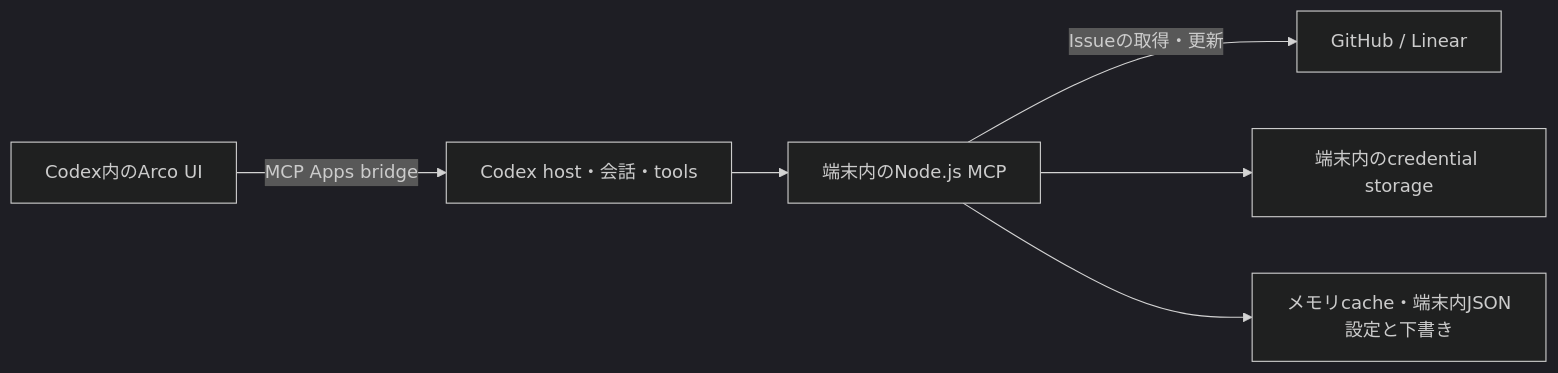
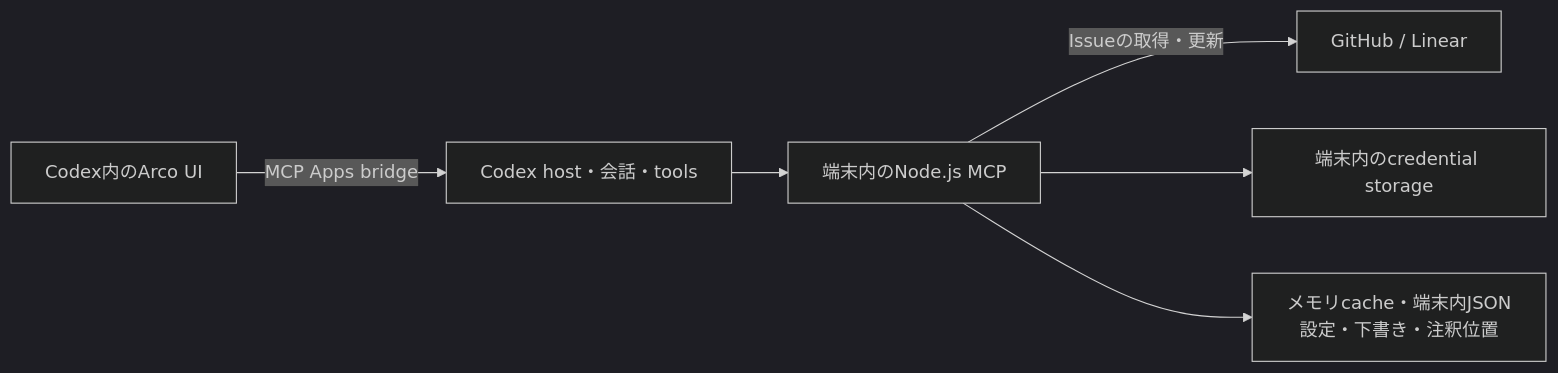
One commit to my-name-is-yu/Arco changed the diagram in docs/local-data-boundary.md. Above: the diagram before and after it, drawn with Mermaid (dark theme). The commit also changed other lines of this file and 27 other files, not shown here.

````diff
--- a/docs/local-data-boundary.md
+++ b/docs/local-data-boundary.md
@@ -11,8 +11,8 @@
 ```mermaid
 flowchart LR
   UI[Codex内のArco UI] -->|MCP Apps bridge| Host[Codex host・会話・tools]
   Host --> Local[端末内のNode.js MCP]
   Local -->|Issueの取得・更新| Source[GitHub / Linear]
   Local --> Credentials[端末内のcredential storage]
-  Local --> State[メモリcache・端末内JSON設定と下書き]
+  Local --> State[メモリcache・端末内JSON設定・下書き・注釈位置]
 ```
````
